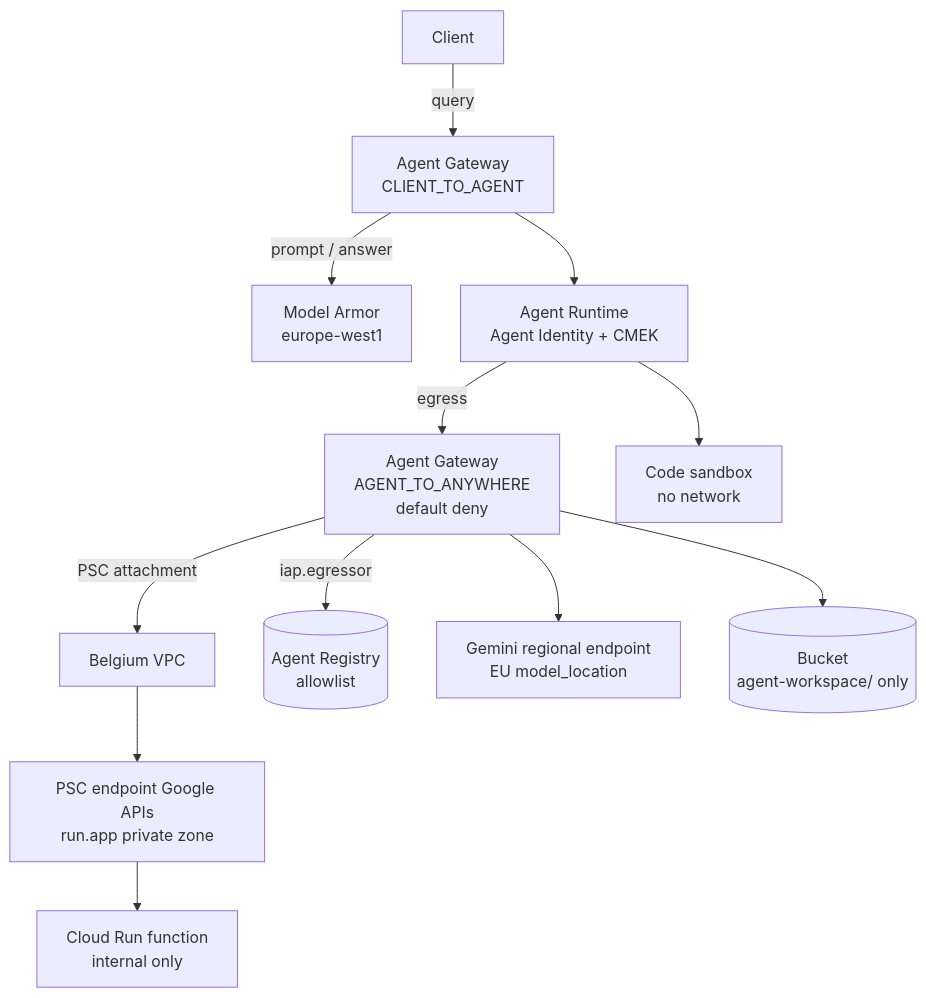
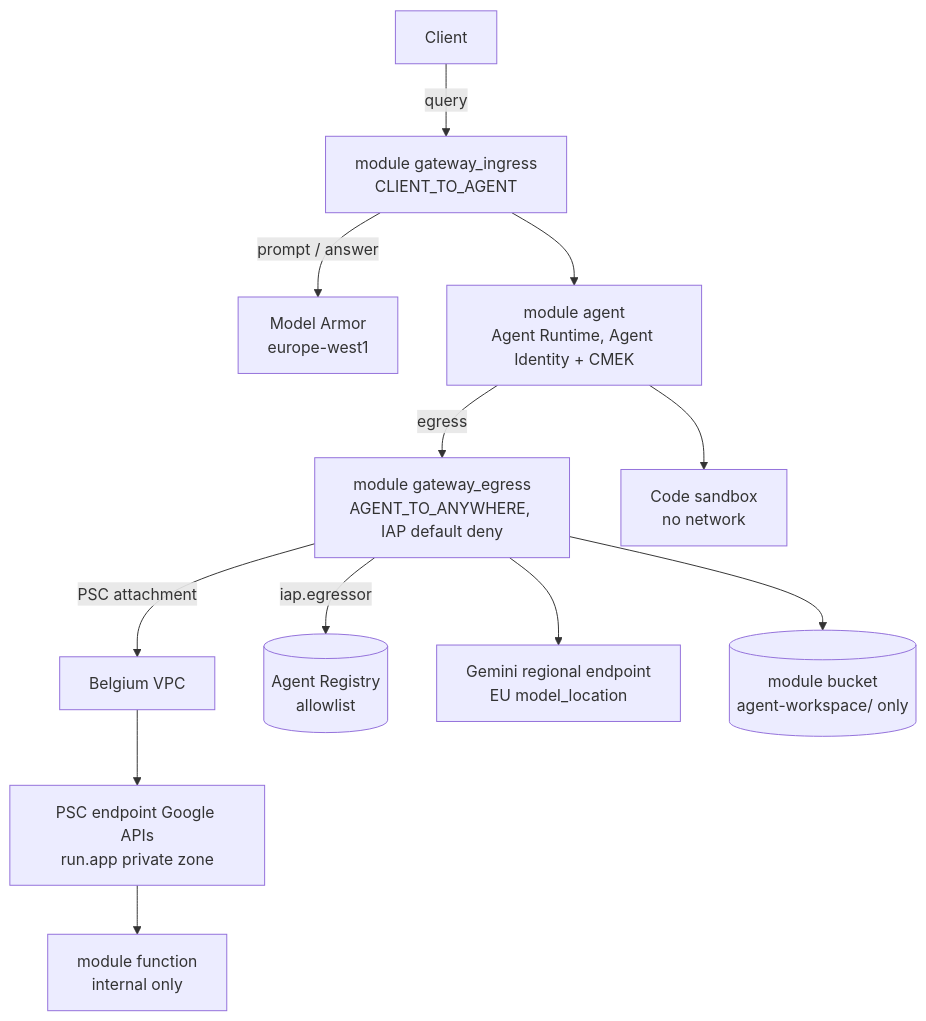
One commit to a-besson/gcp-ai-samples changed the diagram in samples/geap-agent-secured/README.md. Above: the diagram before and after it, drawn with Mermaid. The commit also changed other lines of this file and 34 other files, not shown here.

First line of the commit message:
feat(geap-agent-secured): rebuild on the Cloud Foundation Fabric modules without the v2 suffix

````diff
--- a/samples/geap-agent-secured/README.md
+++ b/samples/geap-agent-secured/README.md
@@ -23,14 +39,14 @@
 ```mermaid
 graph TD
-    C[Client] -->|query| GI[Agent Gateway<br/>CLIENT_TO_AGENT]
+    C[Client] -->|query| GI[module gateway_ingress<br/>CLIENT_TO_AGENT]
     GI -->|prompt / answer| MA[Model Armor<br/>europe-west1]
-    GI --> RT[Agent Runtime<br/>Agent Identity + CMEK]
-    RT -->|egress| GE[Agent Gateway<br/>AGENT_TO_ANYWHERE<br/>default deny]
+    GI --> RT[module agent<br/>Agent Runtime, Agent Identity + CMEK]
+    RT -->|egress| GE[module gateway_egress<br/>AGENT_TO_ANYWHERE, IAP default deny]
     GE -->|PSC attachment| VPC[Belgium VPC]
     GE -->|iap.egressor| REG[(Agent Registry<br/>allowlist)]
     GE --> LLM[Gemini regional endpoint<br/>EU model_location]
-    GE --> GCS[(Bucket<br/>agent-workspace/ only)]
+    GE --> GCS[(module bucket<br/>agent-workspace/ only)]
     VPC --> PSC[PSC endpoint Google APIs<br/>run.app private zone]
-    PSC --> FN[Cloud Run function<br/>internal only]
+    PSC --> FN[module function<br/>internal only]
     RT --> SB[Code sandbox<br/>no network]
 ```
````
